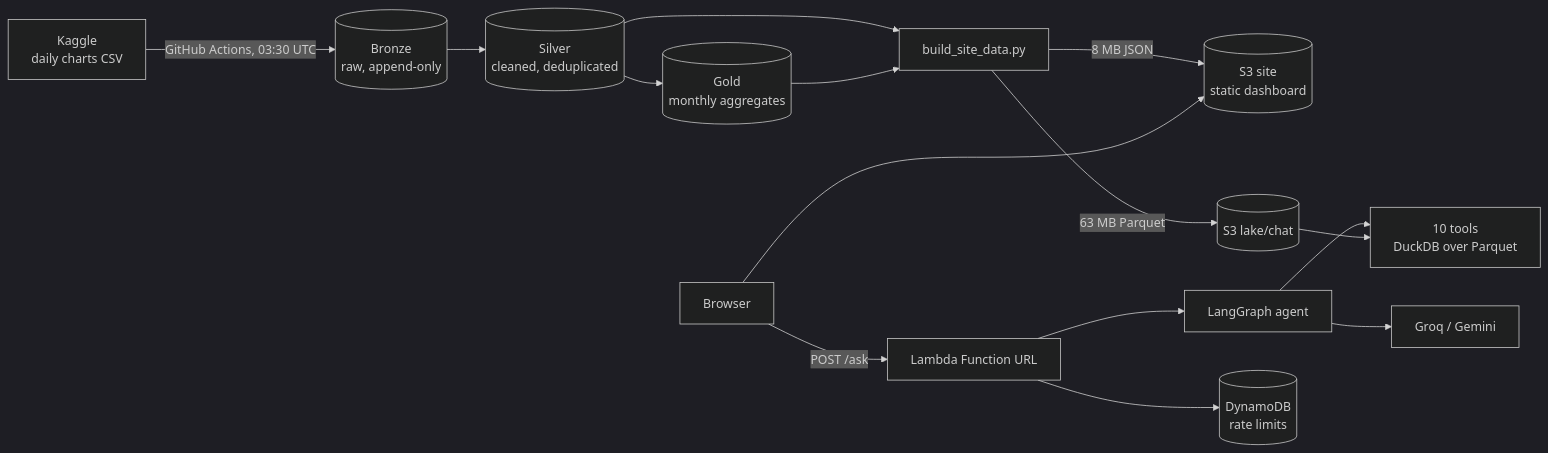
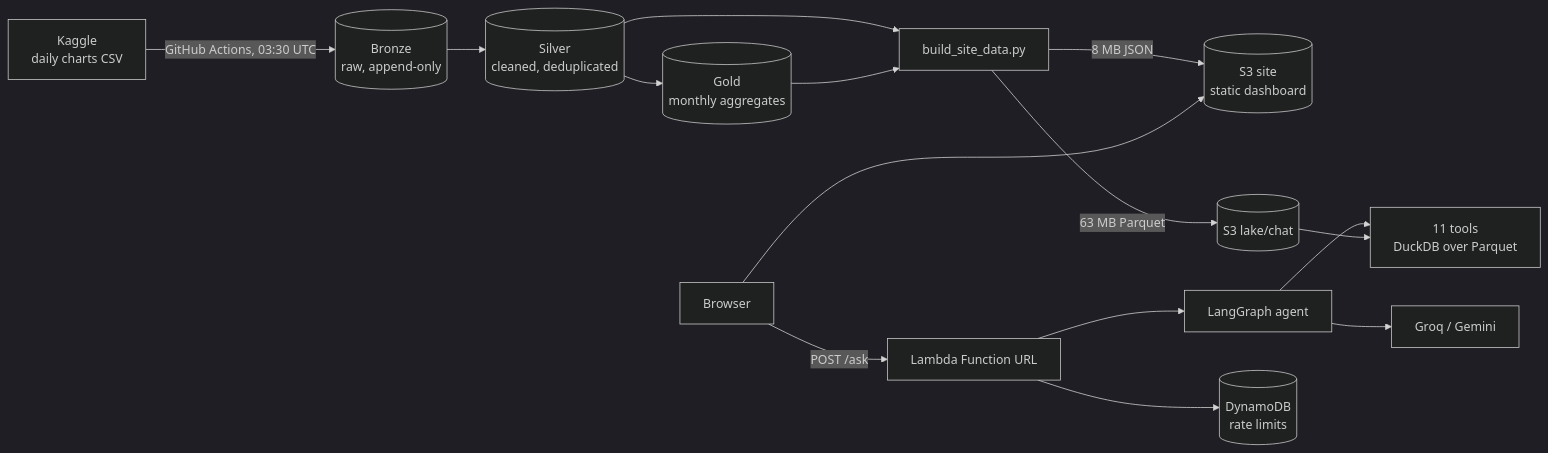
One commit to tyxgx/streampulse changed the diagram in README.md. Above: the diagram before and after it, drawn with Mermaid (dark theme). The commit also changed other lines of this file and 15 other files, not shown here.

Commit message:
India served by chart position (dashboard section, chart_ranking tool, automatic fallback); fix Gemini thought-signature fallback and null tool args; eval 41 cases

````diff
--- a/README.md
+++ b/README.md
@@ -21,17 +21,17 @@
 ```mermaid
 flowchart LR
   K[Kaggle<br/>daily charts CSV] -->|GitHub Actions, 03:30 UTC| BR[(Bronze<br/>raw, append-only)]
   BR --> SI[(Silver<br/>cleaned, deduplicated)]
   SI --> GO[(Gold<br/>monthly aggregates)]
   SI --> B[build_site_data.py]
   GO --> B
   B -->|8 MB JSON| S[(S3 site<br/>static dashboard)]
   B -->|63 MB Parquet| C[(S3 lake/chat)]
   U[Browser] --> S
   U -->|POST /ask| F[Lambda Function URL]
   F --> A[LangGraph agent]
-  A --> T[10 tools<br/>DuckDB over Parquet]
+  A --> T[11 tools<br/>DuckDB over Parquet]
   C --> T
   A --> M[Groq / Gemini]
   F --> D[(DynamoDB<br/>rate limits)]
 ```
````
